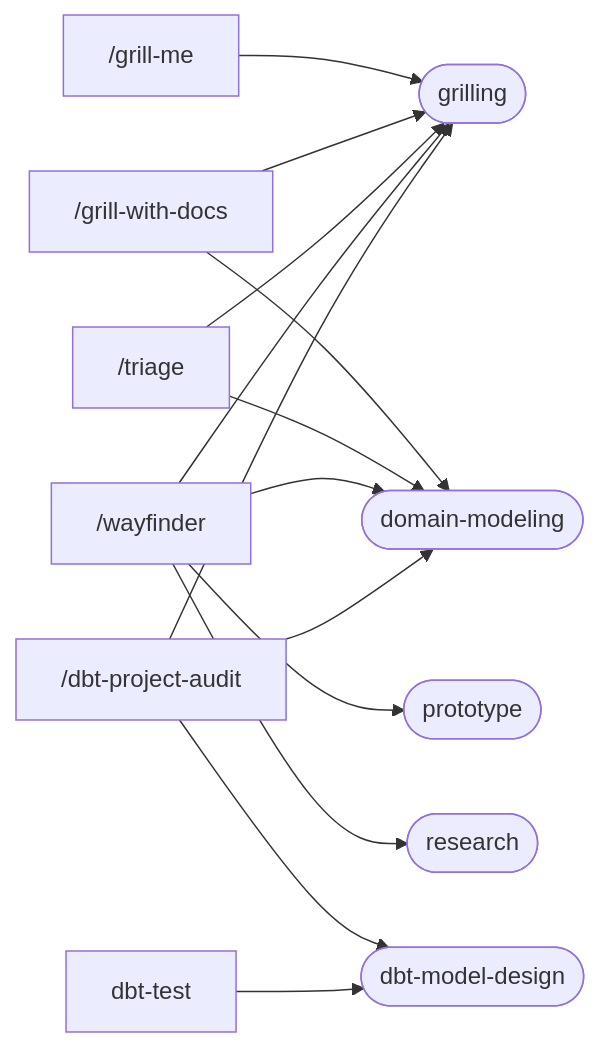
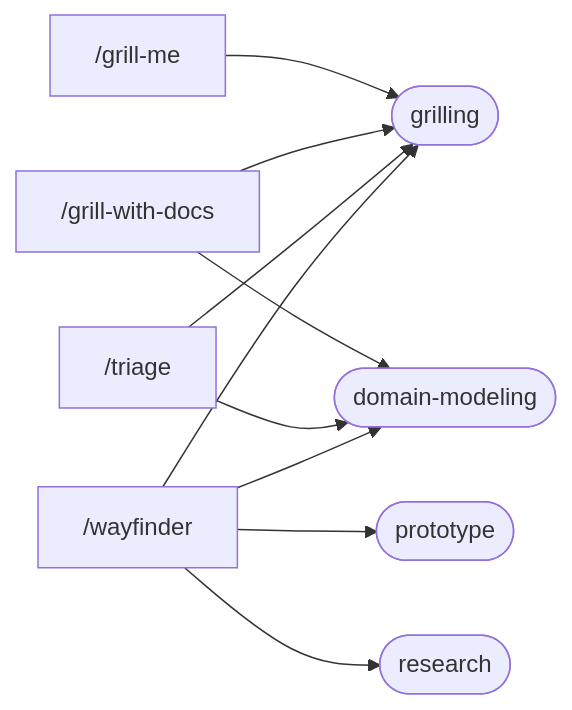
The diagram in SKILLS.md (dylantr1712/skill-cook), drawn with Mermaid before and after one commit. The commit also changed other lines of this file and 15 other files, not shown here.

````diff
--- a/SKILLS.md
+++ b/SKILLS.md
@@ -40,29 +40,22 @@
 ```mermaid
 flowchart LR
   GM["/grill-me"]
   GWD["/grill-with-docs"]
   TR["/triage"]
   WF["/wayfinder"]
-  DPA["/dbt-project-audit"]
-  DT["dbt-test"]
 
   G(["grilling"])
   DM(["domain-modeling"])
   PR(["prototype"])
   RS(["research"])
-  DMD(["dbt-model-design"])
 
   GM --> G
   GWD --> G
   GWD --> DM
   TR --> G
   TR --> DM
   WF --> G
   WF --> DM
   WF --> PR
   WF --> RS
-  DPA --> G
-  DPA --> DM
-  DPA --> DMD
-  DT --> DMD
 ```
````
